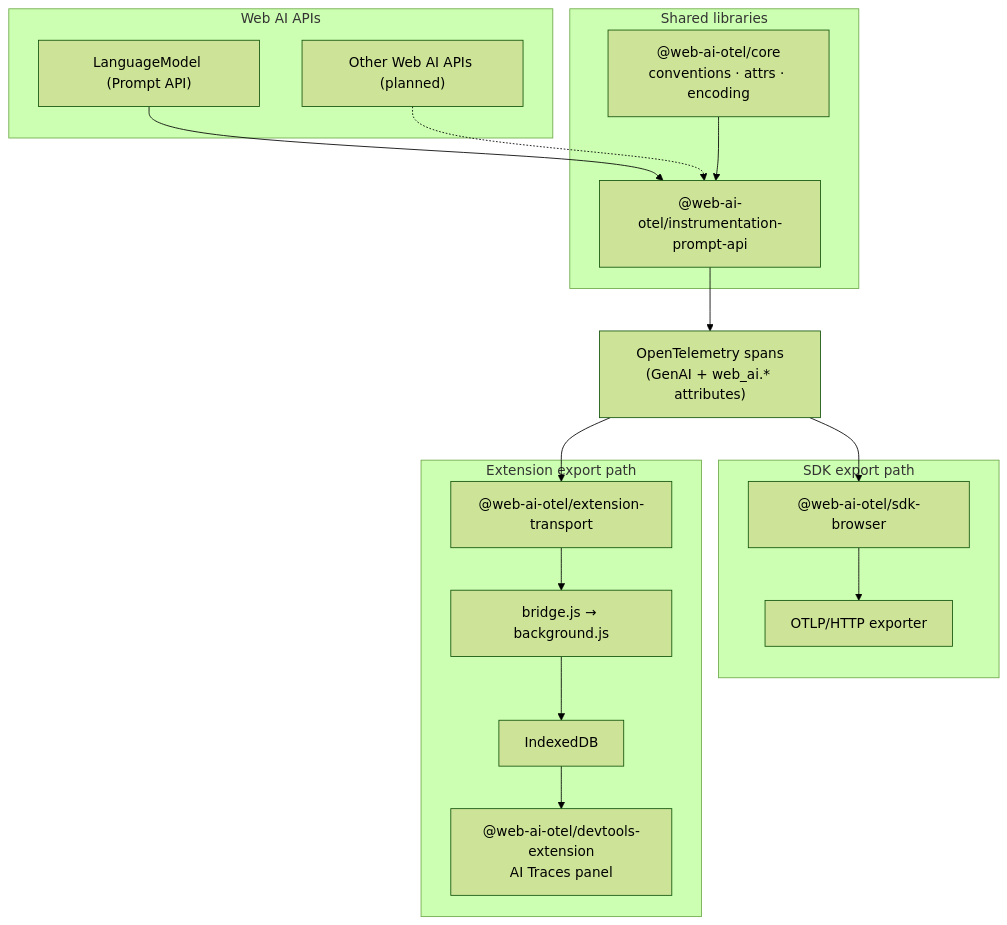
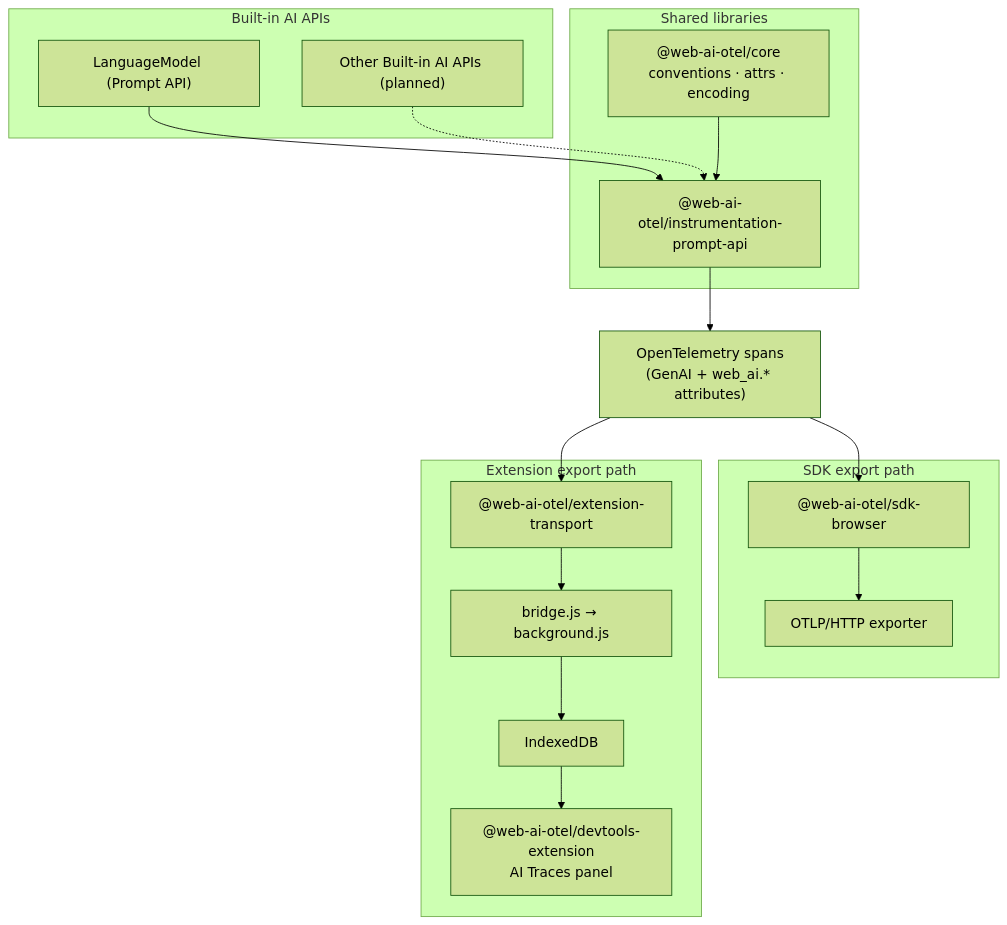
Before and after one commit to rakutenanalytics/built-in-ai-observability: the second of 2 diagrams in README.md, drawn with Mermaid (forest theme). The commit also changed other lines of this file and 16 other files, not shown here.

````diff
--- a/README.md
+++ b/README.md
@@ -37,34 +37,34 @@
 ```mermaid
 flowchart TB
-  subgraph apis ["Web AI APIs"]
+  subgraph apis ["Built-in AI APIs"]
     LM["LanguageModel (Prompt API)"]
-    FUTURE["Other Web AI APIs (planned)"]
+    FUTURE["Other Built-in AI APIs (planned)"]
   end
 
   subgraph libs ["Shared libraries"]
     CORE["@web-ai-otel/core<br/>conventions · attrs · encoding"]
     PROMPT["@web-ai-otel/instrumentation-prompt-api"]
   end
 
   OTEL["OpenTelemetry spans<br/>(GenAI + web_ai.* attributes)"]
 
   subgraph sdkExport ["SDK export path"]
     SDK["@web-ai-otel/sdk-browser"]
     OTLP["OTLP/HTTP exporter"]
   end
 
   subgraph extExport ["Extension export path"]
     TRANSPORT["@web-ai-otel/extension-transport"]
     BRIDGE["bridge.js → background.js"]
     STORE["IndexedDB"]
     UI["@web-ai-otel/devtools-extension<br/>AI Traces panel"]
   end
 
   LM --> PROMPT
   FUTURE -.-> PROMPT
   CORE --> PROMPT
   PROMPT --> OTEL
 
   OTEL --> SDK --> OTLP
   OTEL --> TRANSPORT --> BRIDGE --> STORE --> UI
 ```
````
